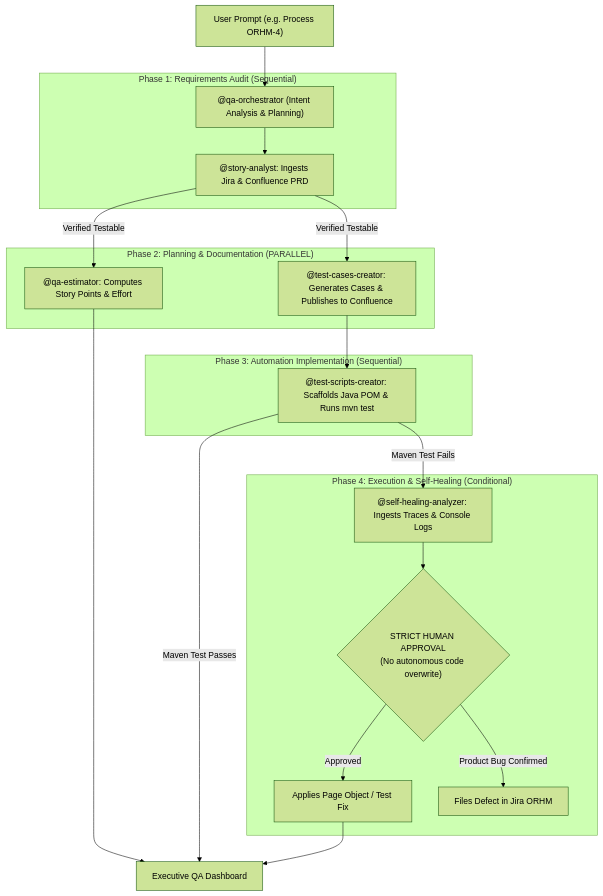
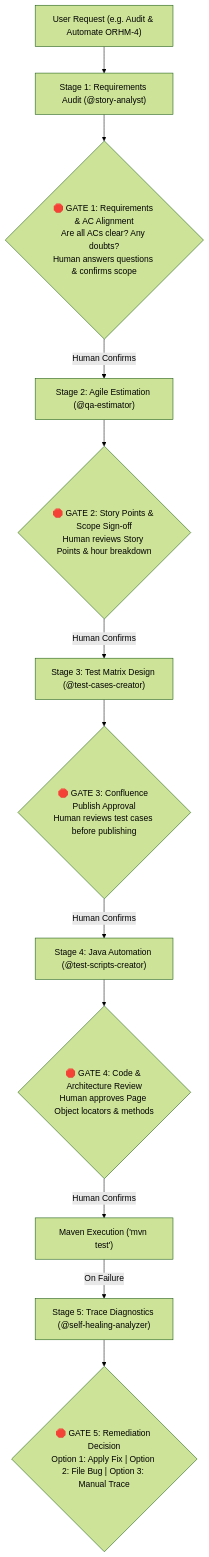
One commit to ravitamil/AgentsAutomation changed the diagram in com.github.copilot/agents/qa-orchestrator.agent.md. Above: the diagram before and after it, drawn with Mermaid (forest theme). The commit also changed other lines of this file and 8 other files, not shown here.

Commit message:
feat: added 5-stage mandatory Human-in-the-Loop governance across all agents, bumped to v1.2.0

````diff
--- a/com.github.copilot/agents/qa-orchestrator.agent.md
+++ b/com.github.copilot/agents/qa-orchestrator.agent.md
@@ -42,28 +31,18 @@
 ```mermaid
 flowchart TD
-    UserQuery["User Prompt (e.g. Process ORHM-4)"] --> Orchestrator["@qa-orchestrator (Intent Analysis & Planning)"]
+    Prompt["User Request (e.g. Audit & Automate ORHM-4)"] --> Stage1["Stage 1: Requirements Audit (@story-analyst)"]
+    Stage1 --> Gate1{"🛑 GATE 1: Requirements & AC Alignment<br/>Are all ACs clear? Any doubts?<br/>Human answers questions & confirms scope"}
     
-    subgraph Phase_1 ["Phase 1: Requirements Audit (Sequential)"]
-        Orchestrator --> SA["@story-analyst: Ingests Jira & Confluence PRD"]
-    end
+    Gate1 -->|Human Confirms| Stage2["Stage 2: Agile Estimation (@qa-estimator)"]
+    Stage2 --> Gate2{"🛑 GATE 2: Story Points & Scope Sign-off<br/>Human reviews Story Points & hour breakdown"}
     
-    subgraph Phase_2 ["Phase 2: Planning & Documentation (PARALLEL)"]
-        SA -->|Verified Testable| QE["@qa-estimator: Computes Story Points & Effort"]
-        SA -->|Verified Testable| TC["@test-cases-creator: Generates Cases & Publishes to Confluence"]
-    end
+    Gate2 -->|Human Confirms| Stage3["Stage 3: Test Matrix Design (@test-cases-creator)"]
+    Stage3 --> Gate3{"🛑 GATE 3: Confluence Publish Approval<br/>Human reviews test cases before publishing"}
     
-    subgraph Phase_3 ["Phase 3: Automation Implementation (Sequential)"]
-        TC --> TS["@test-scripts-creator: Scaffolds Java POM & Runs mvn test"]
-    end
+    Gate3 -->|Human Confirms| Stage4["Stage 4: Java Automation (@test-scripts-creator)"]
+    Stage4 --> Gate4{"🛑 GATE 4: Code & Architecture Review<br/>Human approves Page Object locators & methods"}
     
-    subgraph Phase_4 ["Phase 4: Execution & Self-Healing (Conditional)"]
-        TS -->|Maven Test Fails| SH["@self-healing-analyzer: Ingests Traces & Console Logs"]
-        SH --> Gate{"STRICT HUMAN APPROVAL<br/>(No autonomous code overwrite)"}
-        Gate -->|Approved| Apply["Applies Page Object / Test Fix"]
-        Gate -->|Product Bug Confirmed| Bug["Files Defect in Jira ORHM"]
-    end
-    
-    QE --> Briefing["Executive QA Dashboard"]
-    TS -->|Maven Test Passes| Briefing
-    Apply --> Briefing
+    Gate4 -->|Human Confirms| Maven["Maven Execution ('mvn test')"]
+    Maven -->|On Failure| Stage5["Stage 5: Trace Diagnostics (@self-healing-analyzer)"]
+    Stage5 --> Gate5{"🛑 GATE 5: Remediation Decision<br/>Option 1: Apply Fix | Option 2: File Bug | Option 3: Manual Trace"}
 ```
````
